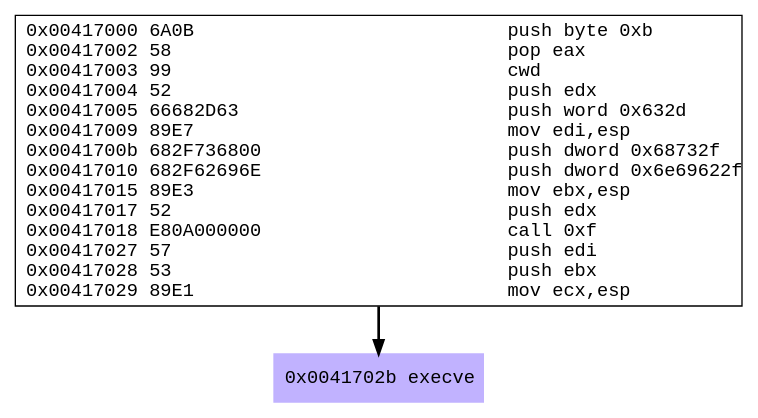
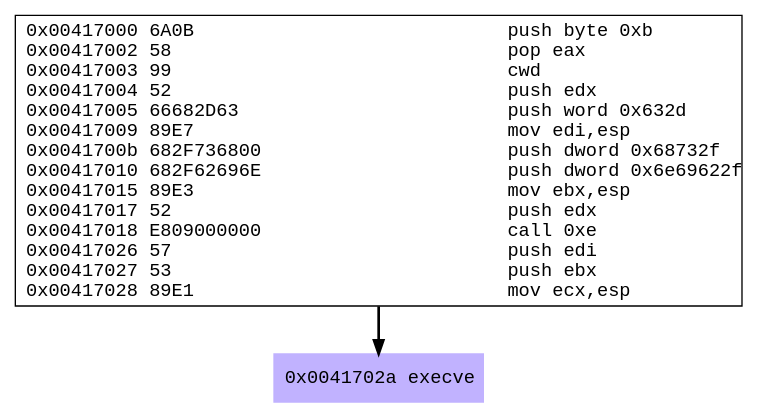
Before and after one commit to blu3gl0w13/SLAE32: the diagram in assignment-5/linux-x86-exec.dot, drawn with Graphviz. The commit also changed 20 other files, not shown here.

```diff
--- a/assignment-5/linux-x86-exec.dot
+++ b/assignment-5/linux-x86-exec.dot
@@ -1,7 +1,7 @@
 digraph G {
 	//rankdir=LR
 	node [fontname=Courier, labeljust=r];
-	 "0x208ac70" [shape=box, label = "0x00417000 6A0B                            push byte 0xb\l0x00417002 58                              pop eax\l0x00417003 99                              cwd \l0x00417004 52                              push edx\l0x00417005 66682D63                        push word 0x632d\l0x00417009 89E7                            mov edi,esp\l0x0041700b 682F736800                      push dword 0x68732f\l0x00417010 682F62696E                      push dword 0x6e69622f\l0x00417015 89E3                            mov ebx,esp\l0x00417017 52                              push edx\l0x00417018 E80A000000                      call 0xf\l0x00417027 57                              push edi\l0x00417028 53                              push ebx\l0x00417029 89E1                            mov ecx,esp\l"]
-	 "0x2090f90" [shape=box, style=filled, color=".7 .3 1.0", label = "0x0041702b execve\l"]
-	 "0x208ac70" -> "0x2090f90" [style = bold ]
+	 "0x9921cb0" [shape=box, label = "0x00417000 6A0B                            push byte 0xb\l0x00417002 58                              pop eax\l0x00417003 99                              cwd \l0x00417004 52                              push edx\l0x00417005 66682D63                        push word 0x632d\l0x00417009 89E7                            mov edi,esp\l0x0041700b 682F736800                      push dword 0x68732f\l0x00417010 682F62696E                      push dword 0x6e69622f\l0x00417015 89E3                            mov ebx,esp\l0x00417017 52                              push edx\l0x00417018 E809000000                      call 0xe\l0x00417026 57                              push edi\l0x00417027 53                              push ebx\l0x00417028 89E1                            mov ecx,esp\l"]
+	 "0x9925c58" [shape=box, style=filled, color=".7 .3 1.0", label = "0x0041702a execve\l"]
+	 "0x9921cb0" -> "0x9925c58" [style = bold ]
 }
```
